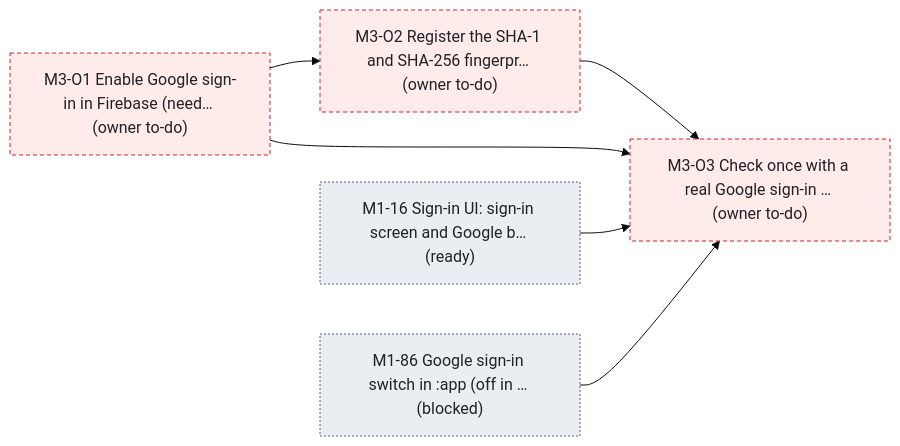
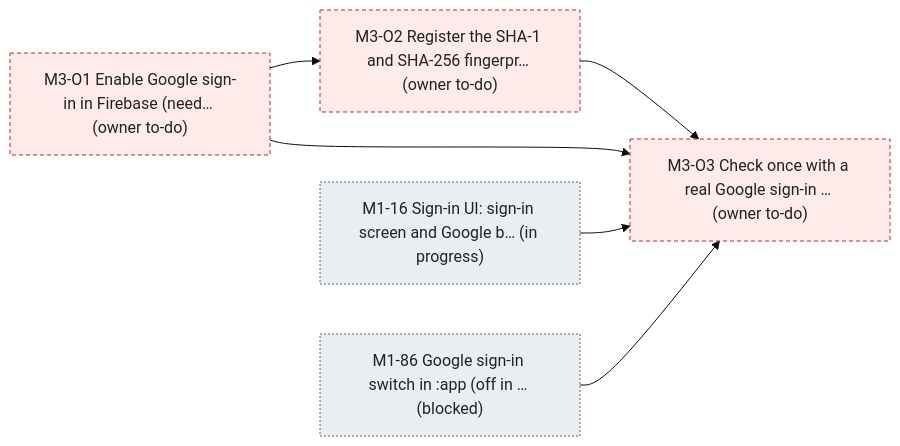
Before and after one commit to bondo/listicles2: the third of 4 diagrams in status.md, drawn with Mermaid (base theme). The commit also changed other lines of this file and 3 other files, not shown here.

````diff
--- a/status.md
+++ b/status.md
@@ -399,18 +399,18 @@
 ```mermaid
 flowchart LR
     n0["M3-O1 Enable Google sign-in in Firebase (need… (owner to-do)"]:::owner
     n1["M3-O2 Register the SHA-1 and SHA-256 fingerpr… (owner to-do)"]:::owner
     n2["M3-O3 Check once with a real Google sign-in … (owner to-do)"]:::owner
-    n3["M1-16 Sign-in UI: sign-in screen and Google b… (ready)"]:::ext
+    n3["M1-16 Sign-in UI: sign-in screen and Google b… (in progress)"]:::ext
     n4["M1-86 Google sign-in switch in :app (off in … (blocked)"]:::ext
     n0 --> n1
     n1 --> n2
     n0 --> n2
     n3 --> n2
     n4 --> n2
     classDef ready fill:#dafbe1,stroke:#1a7f37,color:#1f2328
     classDef progress fill:#ddf4ff,stroke:#0969da,color:#1f2328
     classDef blocked fill:#fff8c5,stroke:#9a6700,color:#1f2328
     classDef owner fill:#ffebe9,stroke:#cf222e,color:#1f2328,stroke-dasharray:4 3
     classDef ext fill:#eaeef2,stroke:#59636e,color:#1f2328,stroke-dasharray:2 2
 ```
````
